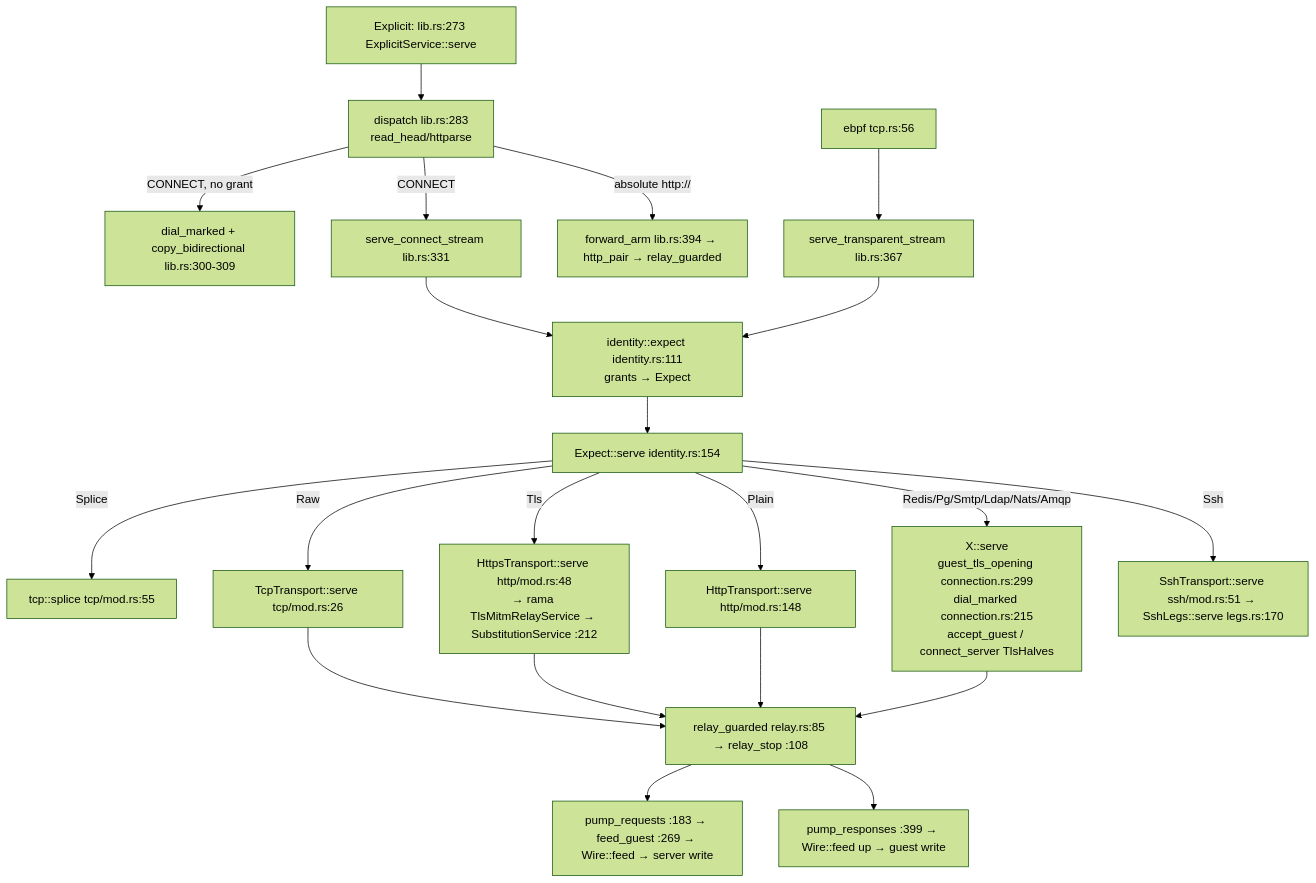
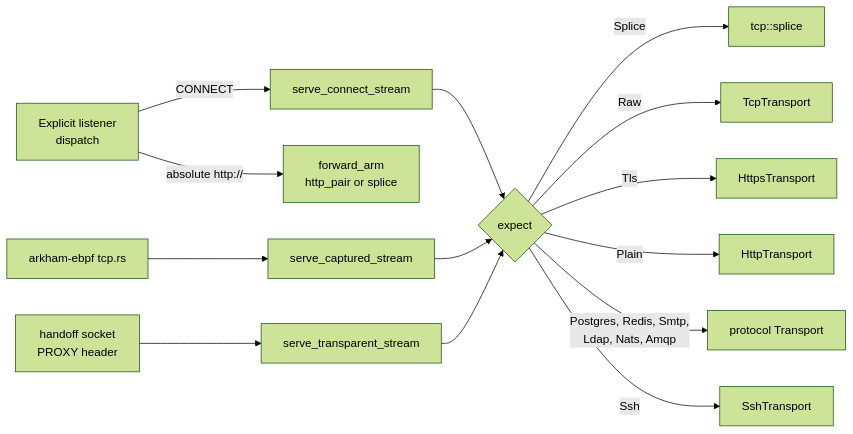
The first of 3 diagrams in docs/engineering/architecture-map.md (lotsaai/arkham), drawn with Mermaid (forest theme) before and after one commit. The commit also changed other lines of this file and 129 other files, not shown here.

````diff
--- a/docs/engineering/architecture-map.md
+++ b/docs/engineering/architecture-map.md
@@ -216,23 +157,16 @@
 ```mermaid
-flowchart TD
-  A[Explicit: lib.rs:273 ExplicitService::serve] --> B[dispatch lib.rs:283<br/>read_head/httparse]
-  B -->|CONNECT, no grant| SP[dial_marked + copy_bidirectional lib.rs:300-309]
-  B -->|CONNECT| C[serve_connect_stream lib.rs:331]
-  B -->|absolute http://| F[forward_arm lib.rs:394 → http_pair → relay_guarded]
-  T[ebpf tcp.rs:56] --> D[serve_transparent_stream lib.rs:367]
-  C --> E[identity::expect identity.rs:111<br/>grants → Expect]
-  D --> E
-  E --> S[Expect::serve identity.rs:154]
-  S -->|Splice| SPL[tcp::splice tcp/mod.rs:55]
-  S -->|Raw| TCP[TcpTransport::serve tcp/mod.rs:26]
-  S -->|Tls| HS[HttpsTransport::serve http/mod.rs:48<br/>→ rama TlsMitmRelayService → SubstitutionService :212]
-  S -->|Plain| HT[HttpTransport::serve http/mod.rs:148]
-  S -->|Redis/Pg/Smtp/Ldap/Nats/Amqp| P[X::serve<br/>guest_tls_opening connection.rs:299<br/>dial_marked connection.rs:215<br/>accept_guest / connect_server TlsHalves]
-  S -->|Ssh| SSH[SshTransport::serve ssh/mod.rs:51 → SshLegs::serve legs.rs:170]
-  TCP --> R[relay_guarded relay.rs:85 → relay_stop :108]
-  HS --> R
-  HT --> R
-  P --> R
-  R --> PQ[pump_requests :183 → feed_guest :269 → Wire::feed → server write]
-  R --> PR[pump_responses :399 → Wire::feed up → guest write]
+flowchart LR
+  EXP["Explicit listener<br/>dispatch"] -->|CONNECT| CS[serve_connect_stream]
+  EXP -->|"absolute http://"| FW["forward_arm<br/>http_pair or splice"]
+  EBPF["arkham-ebpf tcp.rs"] --> CAP[serve_captured_stream]
+  HO["handoff socket<br/>PROXY header"] --> TS[serve_transparent_stream]
+  CS --> E{expect}
+  CAP --> E
+  TS --> E
+  E -->|Splice| SPL[tcp::splice]
+  E -->|Raw| TCP[TcpTransport]
+  E -->|Tls| HTTPS[HttpsTransport]
+  E -->|Plain| HTTP[HttpTransport]
+  E -->|"Postgres, Redis, Smtp,<br/>Ldap, Nats, Amqp"| P["protocol Transport"]
+  E -->|Ssh| SSH[SshTransport]
 ```
````
